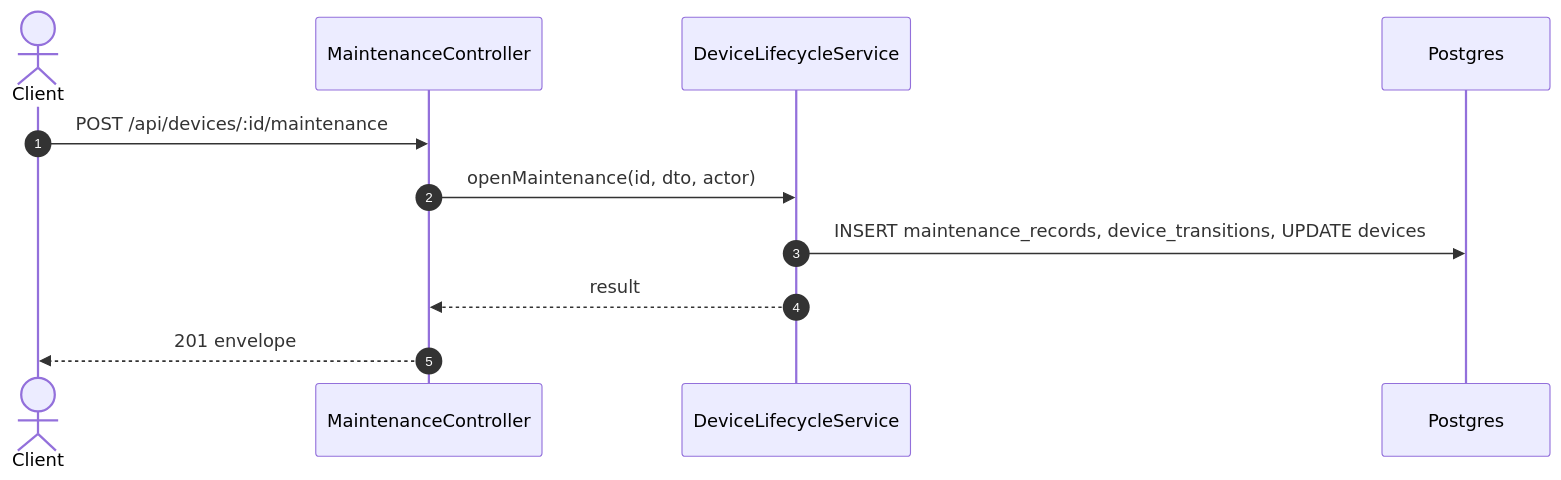
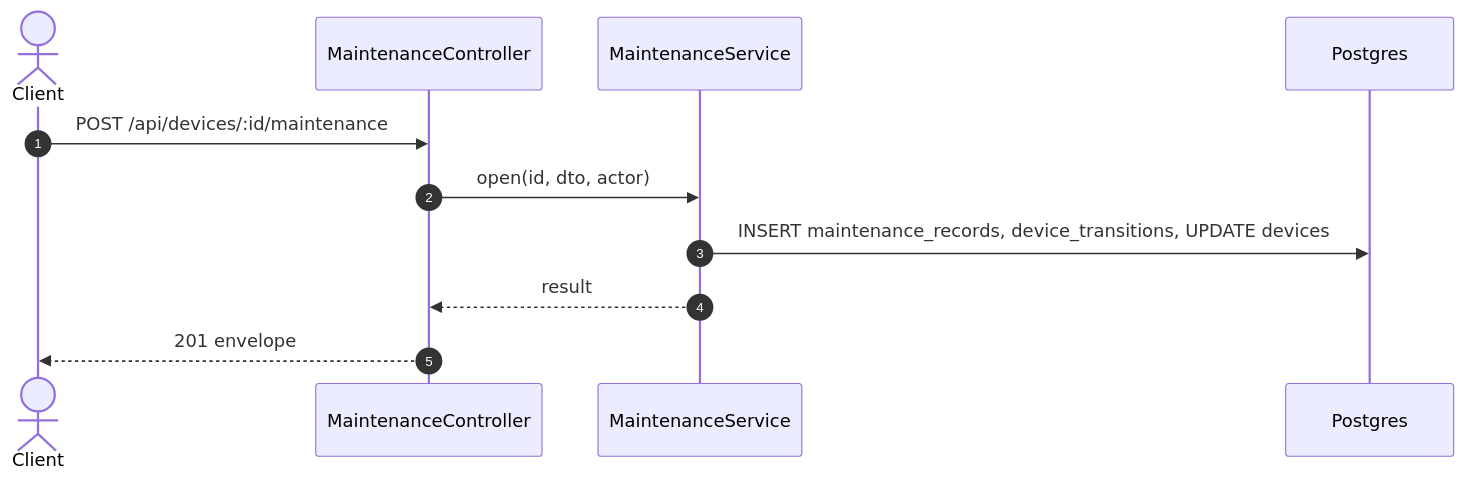
Before and after one commit to TrekLink-Team/treklink-web: the second of 2 diagrams in specs/devices/api-design/11-post-devices-id-maintenance.md, drawn with Mermaid. The commit also changed other lines of this file and 39 other files, not shown here.

First line of the commit message:
docs: design periodic maintenance (D-047) and apply the SDD sequence conventions

````diff
--- a/specs/devices/api-design/11-post-devices-id-maintenance.md
+++ b/specs/devices/api-design/11-post-devices-id-maintenance.md
@@ -235,13 +303,13 @@
 ```mermaid
 sequenceDiagram
     autonumber
     actor C as Client
     participant Ctl as MaintenanceController
-    participant Svc as DeviceLifecycleService
+    participant Svc as MaintenanceService
     participant DB as Postgres
     C->>Ctl: POST /api/devices/:id/maintenance
-    Ctl->>Svc: openMaintenance(id, dto, actor)
+    Ctl->>Svc: open(id, dto, actor)
     Svc->>DB: INSERT maintenance_records, device_transitions, UPDATE devices
     Svc-->>Ctl: result
     Ctl-->>C: 201 envelope
 ```
````
